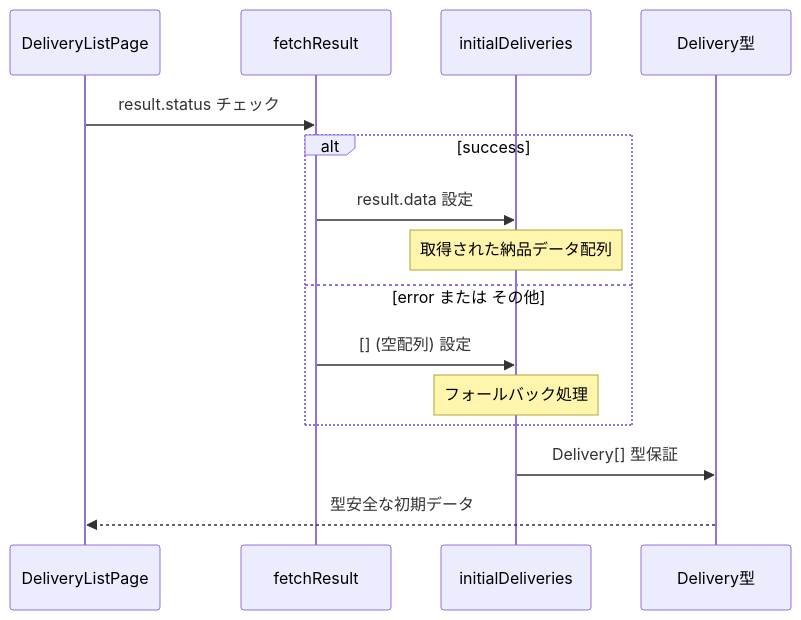
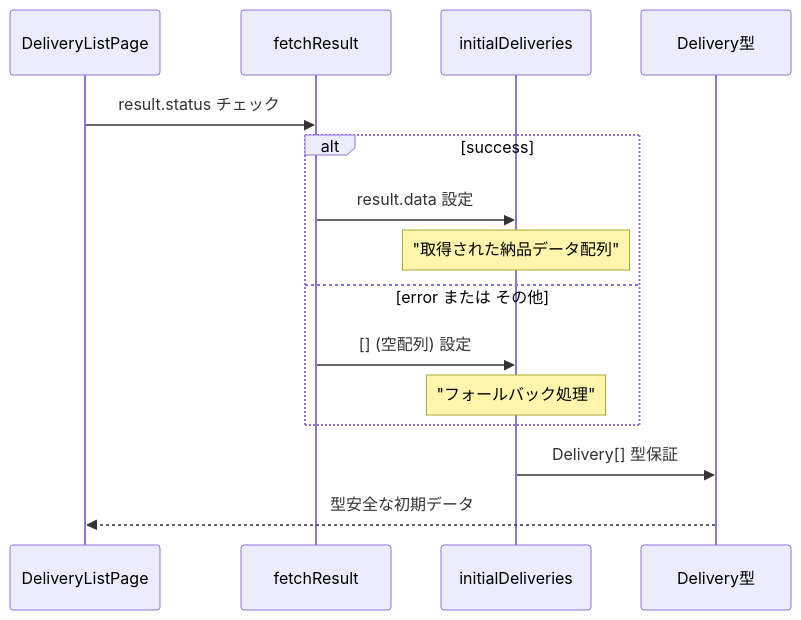
Before and after one commit to wasabi49/ocs-systemDevelopmentExercises: the third of 11 diagrams in document/pages/sequence/DeliveryList.md, drawn with Mermaid. The commit also changed other lines of this file and 42 other files, not shown here.

First line of the commit message:
fix: mermaidシーケンス図のNote over文でダブルクォーテーション不足を修正

````diff
--- a/document/pages/sequence/DeliveryList.md
+++ b/document/pages/sequence/DeliveryList.md
@@ -55,20 +55,20 @@
 ```mermaid
 sequenceDiagram
     participant Page as DeliveryListPage
     participant Result as fetchResult
     participant DataArray as initialDeliveries
     participant TypeDef as Delivery型
 
     Page->>Result: result.status チェック
     
     alt success
         Result->>DataArray: result.data 設定
-        Note over DataArray: 取得された納品データ配列
+        Note over DataArray: "取得された納品データ配列"
     else error または その他
         Result->>DataArray: [] (空配列) 設定
-        Note over DataArray: フォールバック処理
+        Note over DataArray: "フォールバック処理"
     end
     
     DataArray->>TypeDef: Delivery[] 型保証
     TypeDef-->>Page: 型安全な初期データ
 ```
````
